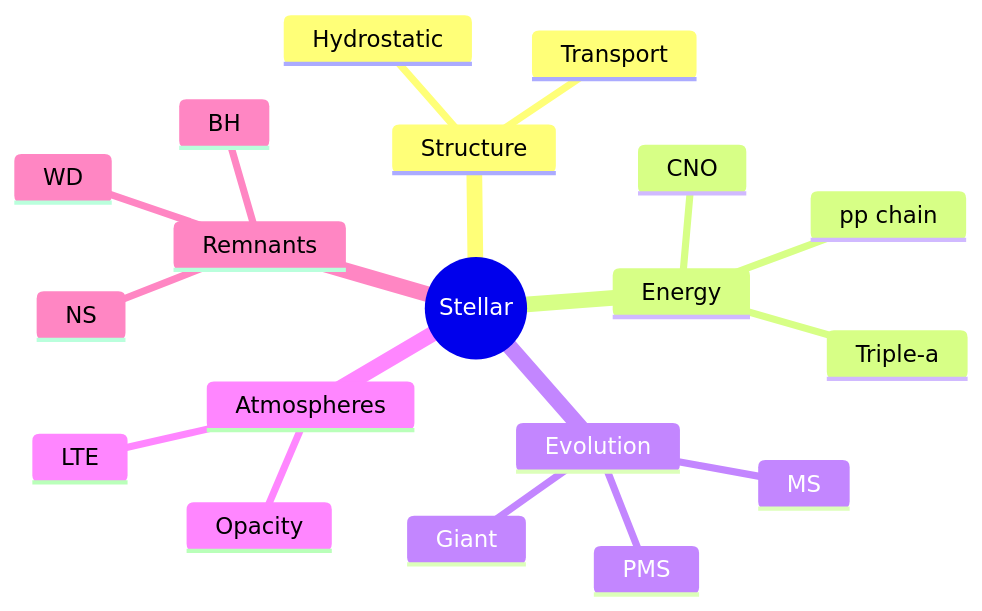
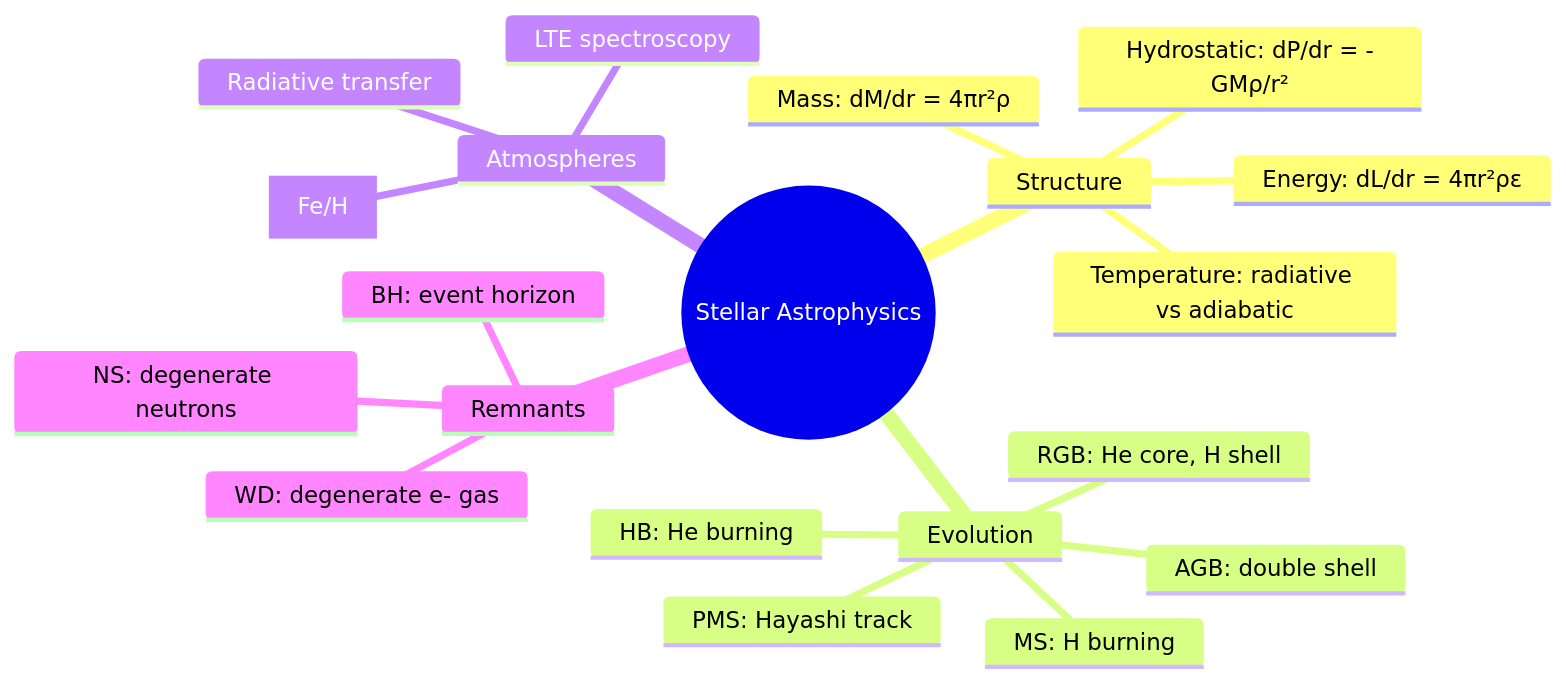
One commit to yip-lgtm/PhysicsSelfStudy changed the third of 7 diagrams in 01_BSc_Physics/electives/PHYS_3071_Stellar_Astrophysics/README.md. Above: the diagram before and after it, drawn with Mermaid. The commit also changed other lines of this file and 4 other files, not shown here.

````diff
--- a/01_BSc_Physics/electives/PHYS_3071_Stellar_Astrophysics/README.md
+++ b/01_BSc_Physics/electives/PHYS_3071_Stellar_Astrophysics/README.md
@@ -107,22 +654,23 @@
 ```mermaid
 mindmap
-  root((Stellar))
+  root((Stellar Astrophysics))
     Structure
-      Hydrostatic
-      Transport
-    Energy
-      pp chain
-      CNO
-      Triple-a
+      Hydrostatic: dP/dr = -GMρ/r²
+      Mass: dM/dr = 4πr²ρ
+      Energy: dL/dr = 4πr²ρε
+      Temperature: radiative vs adiabatic
     Evolution
-      PMS
-      MS
-      Giant
+      PMS: Hayashi track
+      MS: H burning
+      RGB: He core, H shell
+      HB: He burning
+      AGB: double shell
     Atmospheres
-      LTE
-      Opacity
+      Radiative transfer
+      LTE spectroscopy
+      Teff logg [Fe/H]
     Remnants
-      WD
-      NS
-      BH
+      WD: degenerate e- gas
+      NS: degenerate neutrons
+      BH: event horizon
 ```
````
